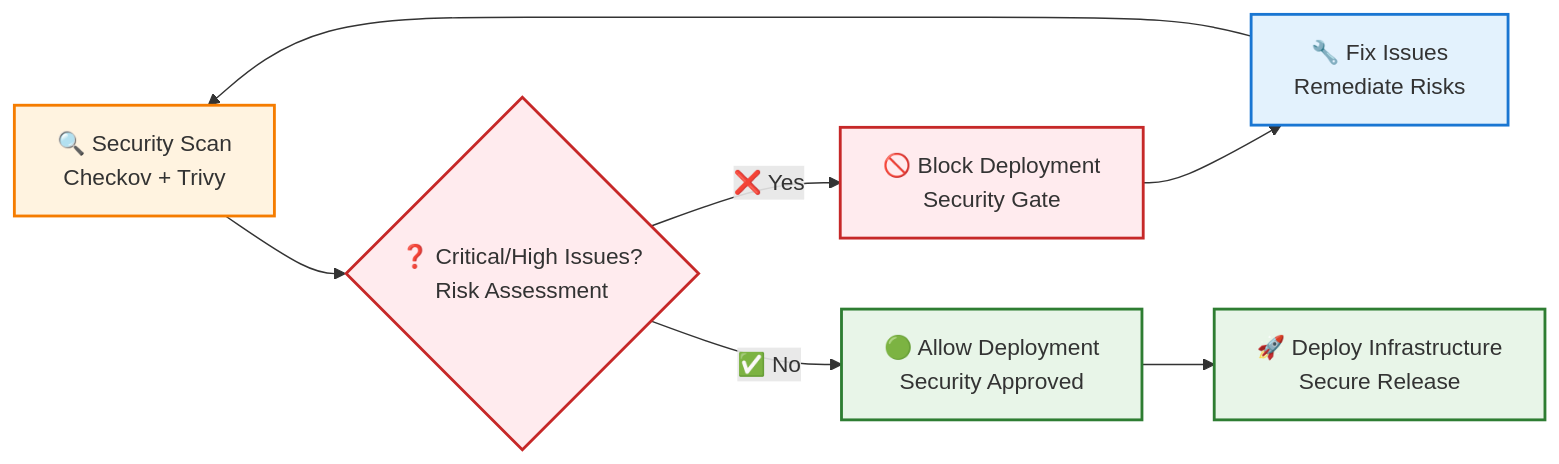
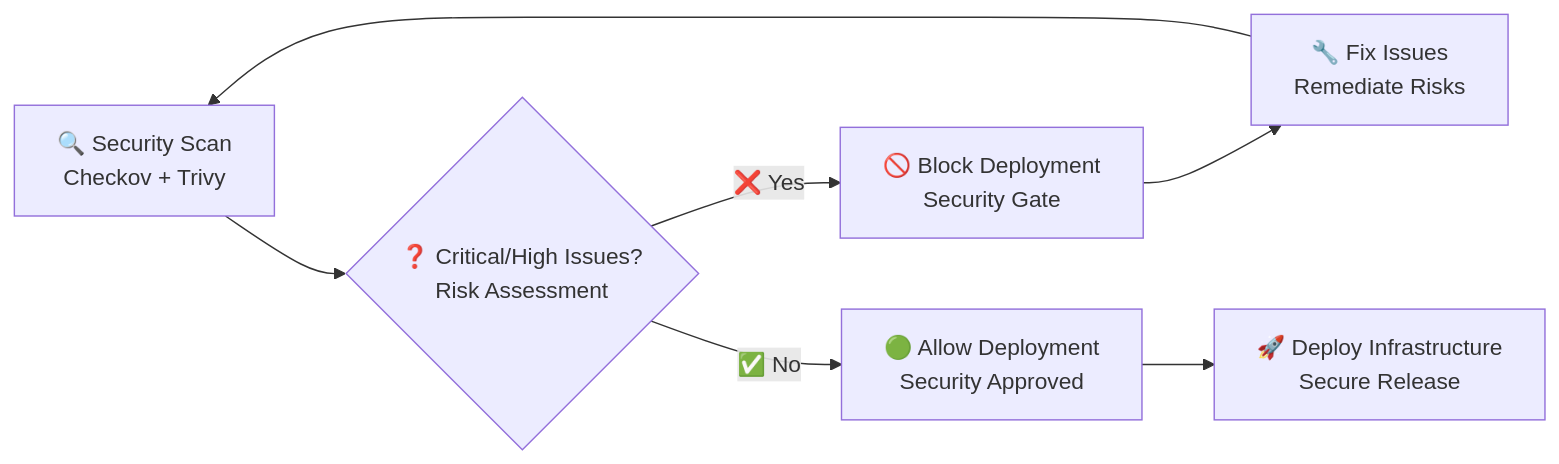
Before and after one commit to Celtikill/static-site: the second of 2 diagrams in SECURITY.md, drawn with Mermaid. The commit also changed other lines of this file and 5 other files, not shown here.

````diff
--- a/SECURITY.md
+++ b/SECURITY.md
@@ -109,20 +101,10 @@
 ```mermaid
 graph LR
     A["🔍 Security Scan<br/>Checkov + Trivy"] --> B{"❓ Critical/High Issues?<br/>Risk Assessment"}
     B -->|"❌ Yes"| C["🚫 Block Deployment<br/>Security Gate"]
     B -->|"✅ No"| D["🟢 Allow Deployment<br/>Security Approved"]
 
     C --> E["🔧 Fix Issues<br/>Remediate Risks"]
     E --> A
     D --> F["🚀 Deploy Infrastructure<br/>Secure Release"]
-
-    classDef scanStyle fill:#fff3e0,stroke:#f57c00,stroke-width:2px
-    classDef blockStyle fill:#ffebee,stroke:#c62828,stroke-width:2px
-    classDef allowStyle fill:#e8f5e8,stroke:#2e7d32,stroke-width:2px
-    classDef fixStyle fill:#e3f2fd,stroke:#1976d2,stroke-width:2px
-
-    class A scanStyle
-    class B,C blockStyle
-    class D,F allowStyle
-    class E fixStyle
 ```
````
